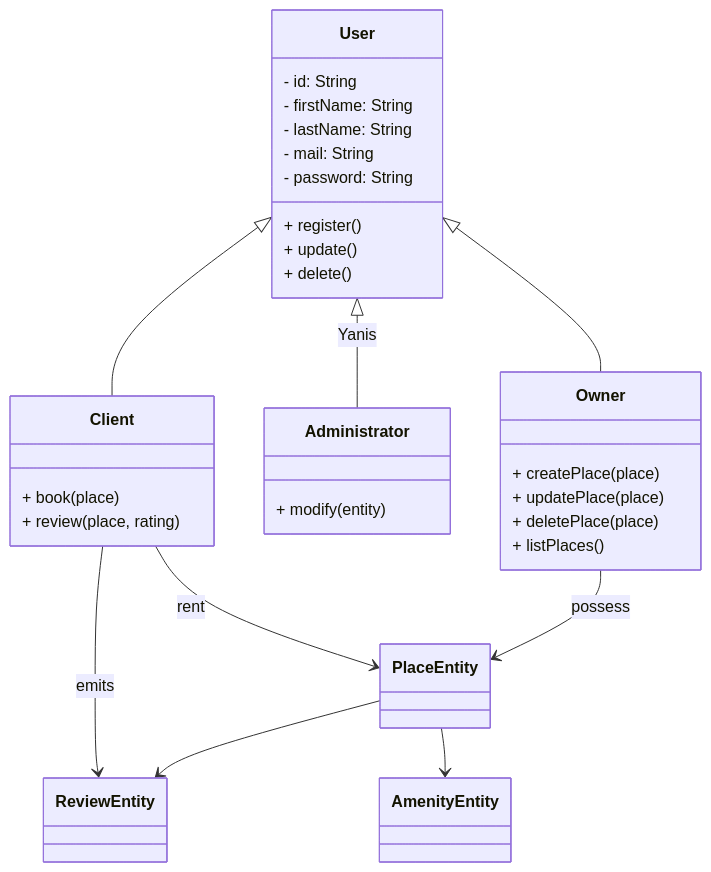
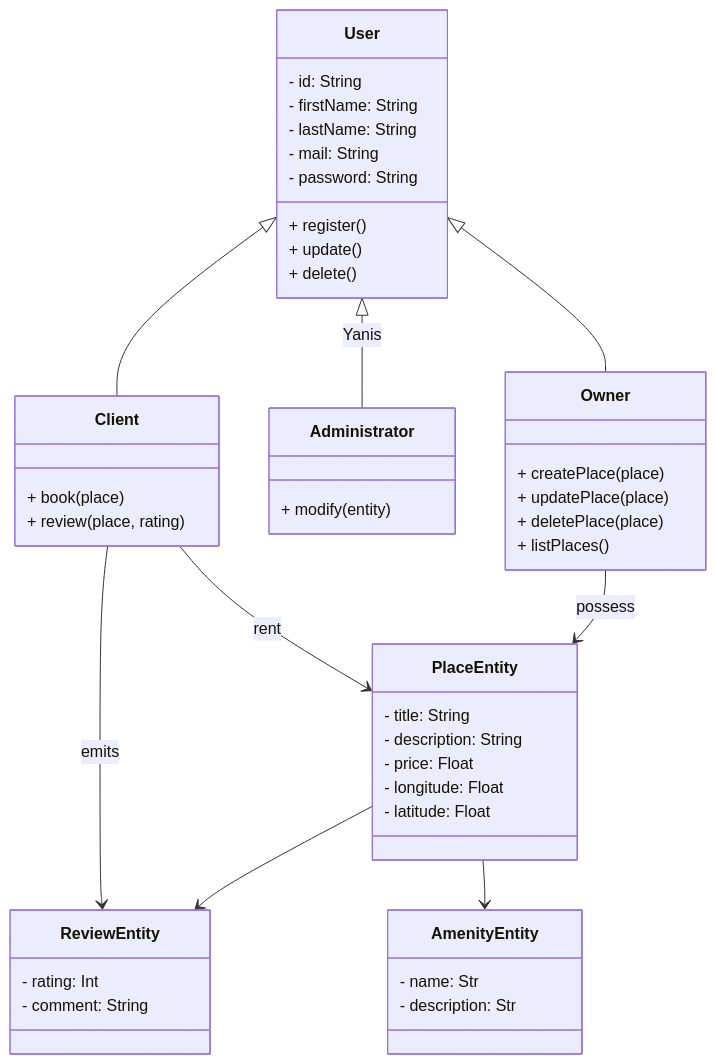
One commit to LEROY-Yanis/holbertonschool-hbnb changed the diagram in task_1.md. Above: the diagram before and after it, drawn with Mermaid.

Commit message:
Add properties to AmenityEntity and ReviewEntity

````diff
--- a/task_1.md
+++ b/task_1.md
@@ -1,48 +1,57 @@
 ```mermaid
 classDiagram
     direction TD
 
     User <|-- Client
     User <|-- Administrator : Yanis
     User <|-- Owner
 
     class User{
         - id: String
         - firstName: String
         - lastName: String
         - mail: String
         - password: String
         + register()
         + update()
         + delete()
     }
 
     class Administrator{
         + modify(entity)
     }
 
     class Client{
         + book(place)
         + review(place, rating)
     }
 
     class Owner{
         + createPlace(place)
         + updatePlace(place)
         + deletePlace(place)
         + listPlaces()
     }
 
     Client --> PlaceEntity : rent
     Client --> ReviewEntity : emits
     Owner --> PlaceEntity : possess
     PlaceEntity --> ReviewEntity
     PlaceEntity --> AmenityEntity
 
     class AmenityEntity{
+    - name: Str
+    - description: Str
     }
     class ReviewEntity{
+    - rating: Int
+    - comment: String
     }
     class PlaceEntity{
+    - title: String
+    - description: String
+    - price: Float
+    - longitude: Float
+    - latitude: Float
     }
 ```
````
